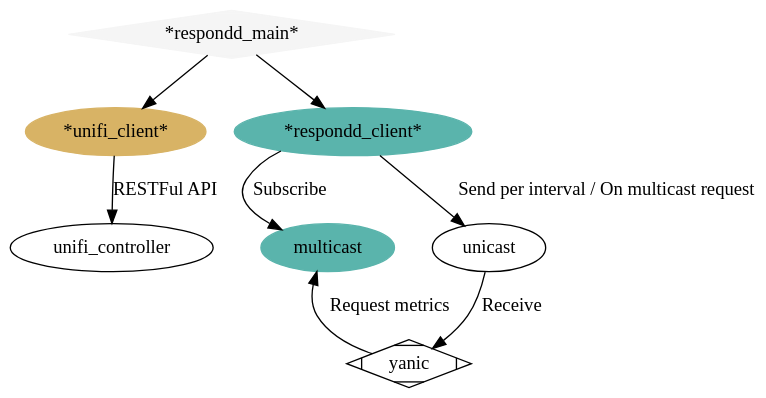
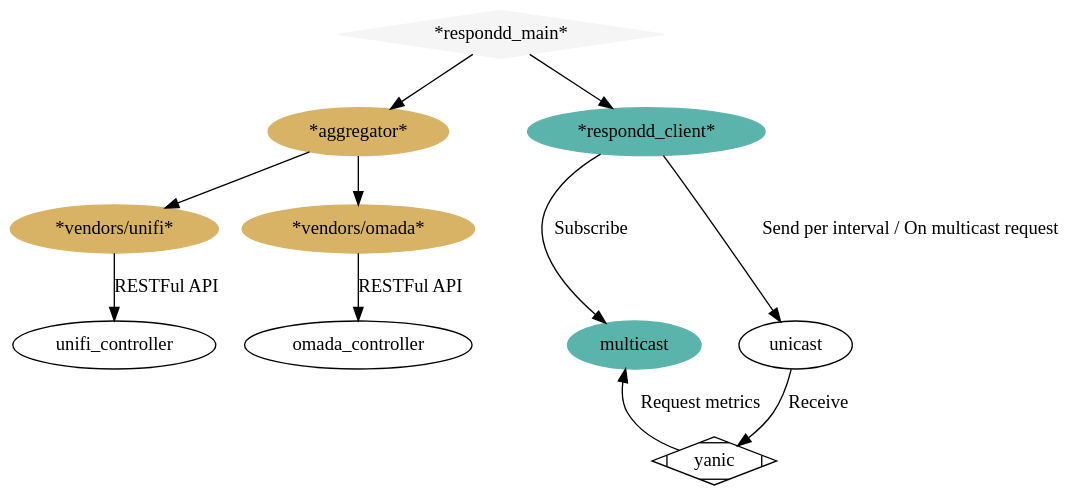
One commit to freifunkMUC/unifi_respondd changed the diagram in docs/architecture.dot. Above: the diagram before and after it, drawn with Graphviz. The commit also changed 23 other files, not shown here.

Commit message:
Add multi-controller support, merging in omada_respondd

```diff
--- a/docs/architecture.dot
+++ b/docs/architecture.dot
@@ -1,49 +1,54 @@
 # http://www.graphviz.org/content/cluster
 
 digraph G {
   graph [fontname = "Handlee"];
   node [fontname = "Handlee"];
   edge [fontname = "Handlee"];
 
   bgcolor=transparent;
 
-  subgraph unifi_client {
+  subgraph vendors {
     style=filled;
     color=lightgrey;
     style="dotted"
     node [style=filled,color="#d8b365"];
-    unifi_client [label="*unifi_client*"];
+    aggregator [label="*aggregator*"];
+    unifi_client [label="*vendors/unifi*"];
+    omada_client [label="*vendors/omada*"];
     fontsize = 20;
   }
 
   subgraph respondd {
     node [style=filled,color="#f5f5f5"];
     style="dotted"
     respondd [label="*respondd_main*"];
     fontsize = 20;
     color=blue
   }
   subgraph respondd_client {
     node [style=filled,color="#5ab4ac"];
     style="dotted"
     color=blue;
     label = "*respondd_client*";
     fontsize = 20;
     color=blue
     multicast -> respondd_client -> multicast[style=invis];
     respondd_client [label="*respondd_client*"];
   }
 
   yanic [shape=Mdiamond];
   respondd [shape=Mdiamond]
-  
+
+  aggregator -> unifi_client;
+  aggregator -> omada_client;
   unifi_client -> unifi_controller [label="RESTFul API"];
+  omada_client -> omada_controller [label="RESTFul API"];
   respondd_client -> multicast [label="Subscribe"];
   respondd_client -> unicast [label="Send per interval / On multicast request"];
   unicast -> yanic [label="Receive"]
   yanic -> multicast [label="Request metrics"]
   respondd -> respondd_client
-  respondd -> unifi_client
-  {rank=same unifi_controller multicast unicast}
-  {rank=same unifi_client respondd_client}
+  respondd -> aggregator
+  {rank=same unifi_controller omada_controller multicast unicast}
+  {rank=same aggregator respondd_client}
 }
```
